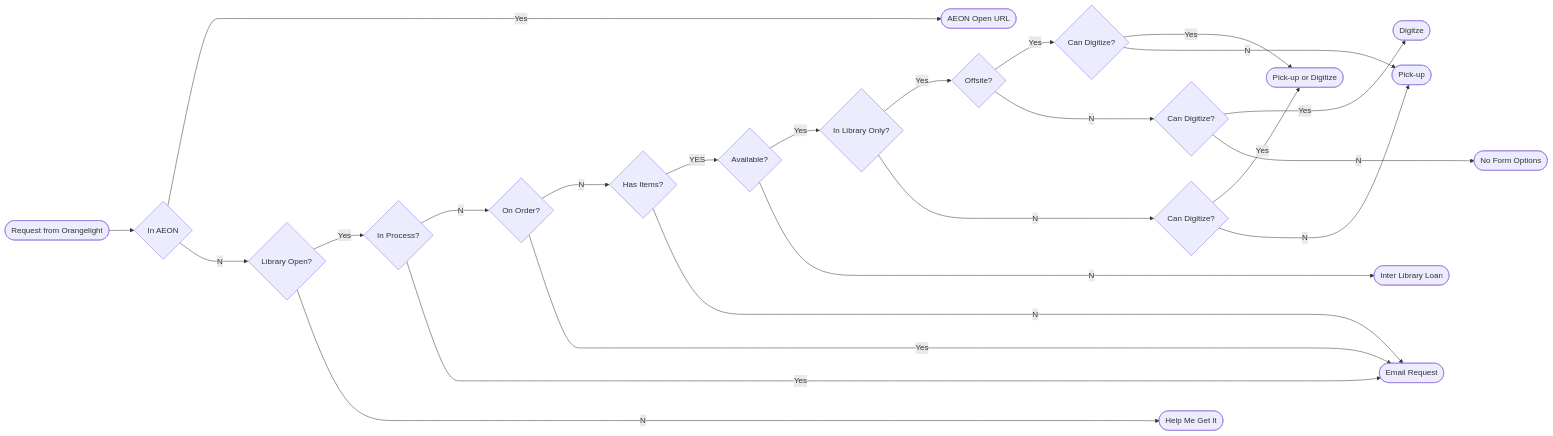
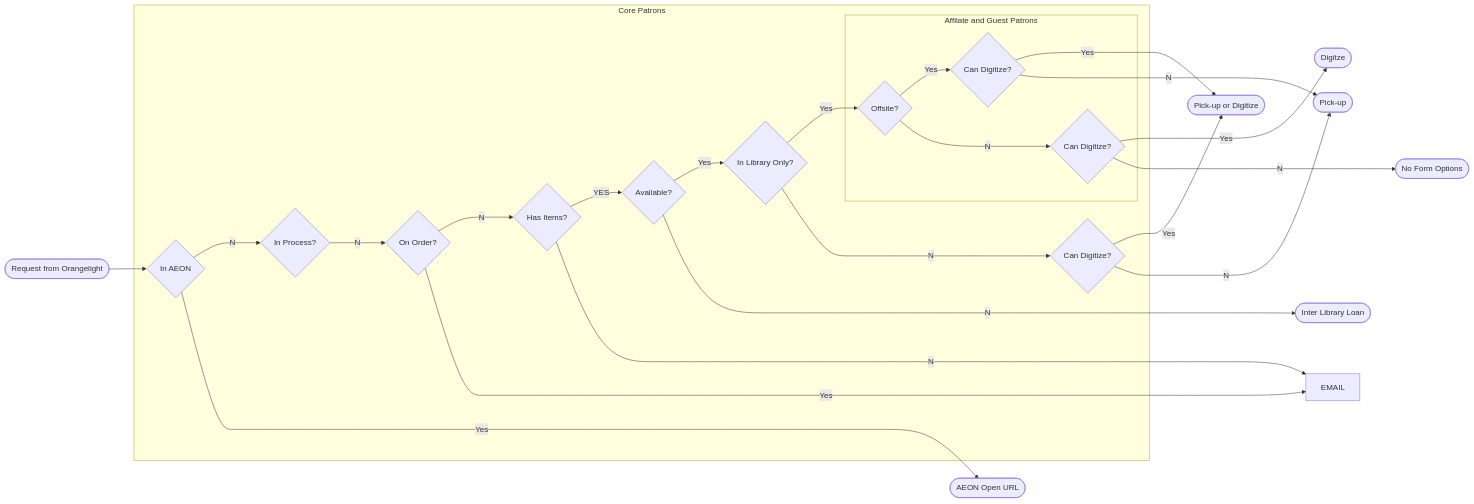
The diagram in docs/requests/form_diagram.md (pulibrary/orangelight), drawn with Mermaid before and after one commit.

Commit message:
Update chart and show patron group access

````diff
--- a/docs/requests/form_diagram.md
+++ b/docs/requests/form_diagram.md
@@ -1,41 +1,42 @@
 ```mermaid
 graph LR;
 accTitle: The Working of Request Forms.
 accDescr {
   The request from Orangelight goes to AEON.
   If AEON is able to handle this, the user is redirected to AEON Open URL. If not, we check if the library is open.
   If the library is open, we check if it is in process. If it is closed, the user must request for help in obtaining the item.
   If the library is in process, an email request is sent. If not, we check if the item is on order.
   If the item is not on order, we check if the library has this item. If the item is on order, an email is sent. If it is, we check if it is available.
   If it is available, we check if the item can be accessed in the library only. If yes, we check if this is offsite. If not, we check if the item can be digitized. 
   If it can be digitized, the user can either pick it up or receive the digitized copy. If not, the user can pick it up.
   If the item is offsite, and can be digitized, the user can either pick it up or receive the digitized copy. If this cannot be digitized, the user can pick it up.
   If the item is not offsite, we check if it can be digitized. If yes, the user receives the digitized copy. If not, there are no form options.
   If it is not available, an inter-library loan is initiated.
   If the library does not have this item, an email is sent.
    
 }
 REQ([Request from Orangelight])-->AEON{In AEON}
-AEON--Yes----------->AEONSYS([AEON Open URL])
-AEON--No-->OPEN{Library Open?}
-OPEN--Yes-->INPROCESS{In Process?}
-OPEN--No---------->HELP([Help Me Get It])
+subgraph Core Patrons
+AEON--No-->INPROCESS{In Process?}
 INPROCESS--No-->ONORDER{On Order?}
-INPROCESS--Yes-->EMAIL([Email Request])
 ONORDER--No-->ITEMS{Has Items?}
 ITEMS--YES-->AVAIL{Available?}
 AVAIL--Yes-->INLIB{In Library Only?}
+INLIB--Yes-->OFFSITE{"Offsite?"}
+INLIB--No-->DIG{Can Digitize?}
+subgraph Affilate and Guest Patrons
+OFFSITE--Yes-->OFFSITEDIG{Can Digitize?}
+OFFSITE--No-->OFFSITEINDIG{Can Digitize?}
+end
+end
+AEON--Yes----------->AEONSYS([AEON Open URL])
 ITEMS--No------->EMAIL
 ONORDER--Yes-->EMAIL
 AVAIL--No------>ILL([Inter Library Loan])
-INLIB--Yes-->OFFSITE{"Offsite?"}
-INLIB--No-->DIG{Can Digitize?}
 DIG--Yes-->PICKDIG
 DIG--No-->PICK
-OFFSITE--Yes-->OFFSITEDIG{Can Digitize?}
-OFFSITE--No-->OFFSITEINDIG{Can Digitize?}
 OFFSITEINDIG--Yes--->DIGITIZE([Digitze])
 OFFSITEINDIG--No--->NOOPT([No Form Options ])
 OFFSITEDIG--Yes--->PICKDIG([Pick-up or Digitize])
 OFFSITEDIG--No--->PICK([Pick-up])
 ```
````
